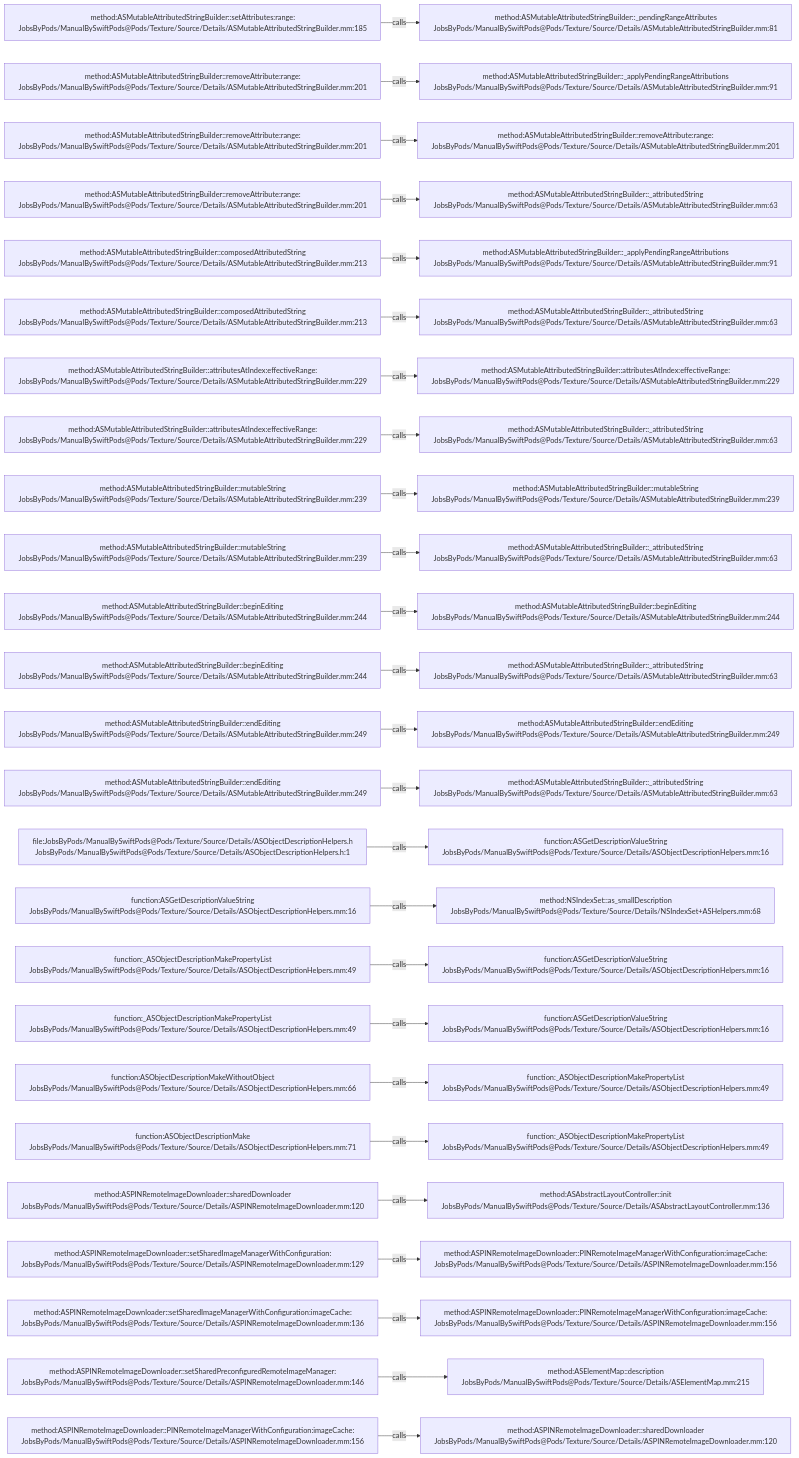
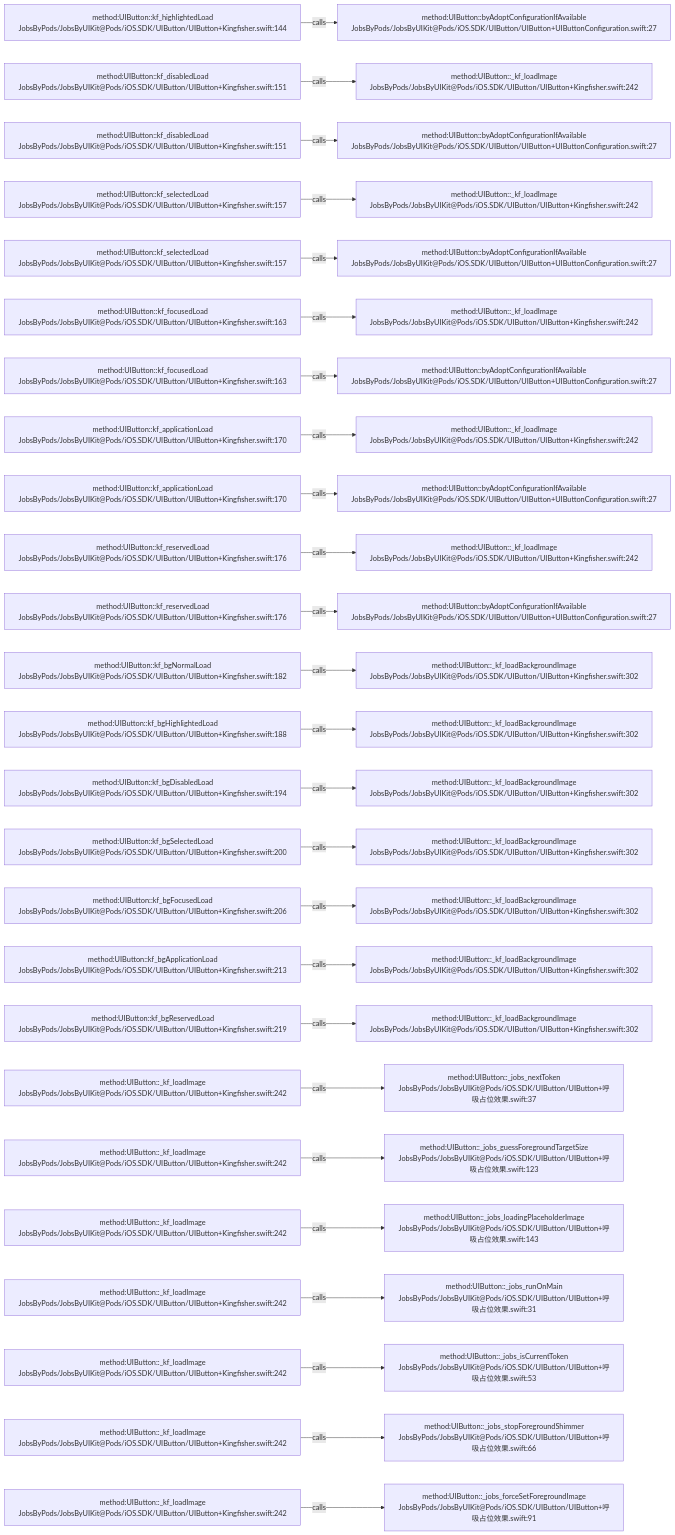
One commit to JobsKits/JobsSwiftBaseConfigDemo changed the diagram in .codegraph/codegraph.md/graphs/calls-091.md. Above: the diagram before and after it, drawn with Mermaid. The commit also changed 224 other files, not shown here.

````diff
--- a/.codegraph/codegraph.md/graphs/calls-091.md
+++ b/.codegraph/codegraph.md/graphs/calls-091.md
@@ -13,78 +13,78 @@
 ```mermaid
 flowchart LR
-  S1["method:ASMutableAttributedStringBuilder::setAttributes:range:<br/>JobsByPods/ManualBySwiftPods@Pods/Texture/Source/Details/ASMutableAttributedStringBuilder.mm:185"]
-  T1["method:ASMutableAttributedStringBuilder::_pendingRangeAttributes<br/>JobsByPods/ManualBySwiftPods@Pods/Texture/Source/Details/ASMutableAttributedStringBuilder.mm:81"]
+  S1["method:UIButton::kf_highlightedLoad<br/>JobsByPods/JobsByUIKit@Pods/iOS.SDK/UIButton/UIButton+Kingfisher.swift:144"]
+  T1["method:UIButton::byAdoptConfigurationIfAvailable<br/>JobsByPods/JobsByUIKit@Pods/iOS.SDK/UIButton/UIButton+UIButtonConfiguration.swift:27"]
   S1 -->|calls| T1
-  S2["method:ASMutableAttributedStringBuilder::removeAttribute:range:<br/>JobsByPods/ManualBySwiftPods@Pods/Texture/Source/Details/ASMutableAttributedStringBuilder.mm:201"]
-  T2["method:ASMutableAttributedStringBuilder::_applyPendingRangeAttributions<br/>JobsByPods/ManualBySwiftPods@Pods/Texture/Source/Details/ASMutableAttributedStringBuilder.mm:91"]
+  S2["method:UIButton::kf_disabledLoad<br/>JobsByPods/JobsByUIKit@Pods/iOS.SDK/UIButton/UIButton+Kingfisher.swift:151"]
+  T2["method:UIButton::_kf_loadImage<br/>JobsByPods/JobsByUIKit@Pods/iOS.SDK/UIButton/UIButton+Kingfisher.swift:242"]
   S2 -->|calls| T2
-  S3["method:ASMutableAttributedStringBuilder::removeAttribute:range:<br/>JobsByPods/ManualBySwiftPods@Pods/Texture/Source/Details/ASMutableAttributedStringBuilder.mm:201"]
-  T3["method:ASMutableAttributedStringBuilder::removeAttribute:range:<br/>JobsByPods/ManualBySwiftPods@Pods/Texture/Source/Details/ASMutableAttributedStringBuilder.mm:201"]
+  S3["method:UIButton::kf_disabledLoad<br/>JobsByPods/JobsByUIKit@Pods/iOS.SDK/UIButton/UIButton+Kingfisher.swift:151"]
+  T3["method:UIButton::byAdoptConfigurationIfAvailable<br/>JobsByPods/JobsByUIKit@Pods/iOS.SDK/UIButton/UIButton+UIButtonConfiguration.swift:27"]
   S3 -->|calls| T3
-  S4["method:ASMutableAttributedStringBuilder::removeAttribute:range:<br/>JobsByPods/ManualBySwiftPods@Pods/Texture/Source/Details/ASMutableAttributedStringBuilder.mm:201"]
-  T4["method:ASMutableAttributedStringBuilder::_attributedString<br/>JobsByPods/ManualBySwiftPods@Pods/Texture/Source/Details/ASMutableAttributedStringBuilder.mm:63"]
+  S4["method:UIButton::kf_selectedLoad<br/>JobsByPods/JobsByUIKit@Pods/iOS.SDK/UIButton/UIButton+Kingfisher.swift:157"]
+  T4["method:UIButton::_kf_loadImage<br/>JobsByPods/JobsByUIKit@Pods/iOS.SDK/UIButton/UIButton+Kingfisher.swift:242"]
   S4 -->|calls| T4
-  S5["method:ASMutableAttributedStringBuilder::composedAttributedString<br/>JobsByPods/ManualBySwiftPods@Pods/Texture/Source/Details/ASMutableAttributedStringBuilder.mm:213"]
-  T5["method:ASMutableAttributedStringBuilder::_applyPendingRangeAttributions<br/>JobsByPods/ManualBySwiftPods@Pods/Texture/Source/Details/ASMutableAttributedStringBuilder.mm:91"]
+  S5["method:UIButton::kf_selectedLoad<br/>JobsByPods/JobsByUIKit@Pods/iOS.SDK/UIButton/UIButton+Kingfisher.swift:157"]
+  T5["method:UIButton::byAdoptConfigurationIfAvailable<br/>JobsByPods/JobsByUIKit@Pods/iOS.SDK/UIButton/UIButton+UIButtonConfiguration.swift:27"]
   S5 -->|calls| T5
-  S6["method:ASMutableAttributedStringBuilder::composedAttributedString<br/>JobsByPods/ManualBySwiftPods@Pods/Texture/Source/Details/ASMutableAttributedStringBuilder.mm:213"]
-  T6["method:ASMutableAttributedStringBuilder::_attributedString<br/>JobsByPods/ManualBySwiftPods@Pods/Texture/Source/Details/ASMutableAttributedStringBuilder.mm:63"]
+  S6["method:UIButton::kf_focusedLoad<br/>JobsByPods/JobsByUIKit@Pods/iOS.SDK/UIButton/UIButton+Kingfisher.swift:163"]
+  T6["method:UIButton::_kf_loadImage<br/>JobsByPods/JobsByUIKit@Pods/iOS.SDK/UIButton/UIButton+Kingfisher.swift:242"]
   S6 -->|calls| T6
-  S7["method:ASMutableAttributedStringBuilder::attributesAtIndex:effectiveRange:<br/>JobsByPods/ManualBySwiftPods@Pods/Texture/Source/Details/ASMutableAttributedStringBuilder.mm:229"]
-  T7["method:ASMutableAttributedStringBuilder::attributesAtIndex:effectiveRange:<br/>JobsByPods/ManualBySwiftPods@Pods/Texture/Source/Details/ASMutableAttributedStringBuilder.mm:229"]
+  S7["method:UIButton::kf_focusedLoad<br/>JobsByPods/JobsByUIKit@Pods/iOS.SDK/UIButton/UIButton+Kingfisher.swift:163"]
+  T7["method:UIButton::byAdoptConfigurationIfAvailable<br/>JobsByPods/JobsByUIKit@Pods/iOS.SDK/UIButton/UIButton+UIButtonConfiguration.swift:27"]
   S7 -->|calls| T7
-  S8["method:ASMutableAttributedStringBuilder::attributesAtIndex:effectiveRange:<br/>JobsByPods/ManualBySwiftPods@Pods/Texture/Source/Details/ASMutableAttributedStringBuilder.mm:229"]
-  T8["method:ASMutableAttributedStringBuilder::_attributedString<br/>JobsByPods/ManualBySwiftPods@Pods/Texture/Source/Details/ASMutableAttributedStringBuilder.mm:63"]
+  S8["method:UIButton::kf_applicationLoad<br/>JobsByPods/JobsByUIKit@Pods/iOS.SDK/UIButton/UIButton+Kingfisher.swift:170"]
+  T8["method:UIButton::_kf_loadImage<br/>JobsByPods/JobsByUIKit@Pods/iOS.SDK/UIButton/UIButton+Kingfisher.swift:242"]
   S8 -->|calls| T8
-  S9["method:ASMutableAttributedStringBuilder::mutableString<br/>JobsByPods/ManualBySwiftPods@Pods/Texture/Source/Details/ASMutableAttributedStringBuilder.mm:239"]
-  T9["method:ASMutableAttributedStringBuilder::mutableString<br/>JobsByPods/ManualBySwiftPods@Pods/Texture/Source/Details/ASMutableAttributedStringBuilder.mm:239"]
+  S9["method:UIButton::kf_applicationLoad<br/>JobsByPods/JobsByUIKit@Pods/iOS.SDK/UIButton/UIButton+Kingfisher.swift:170"]
+  T9["method:UIButton::byAdoptConfigurationIfAvailable<br/>JobsByPods/JobsByUIKit@Pods/iOS.SDK/UIButton/UIButton+UIButtonConfiguration.swift:27"]
   S9 -->|calls| T9
-  S10["method:ASMutableAttributedStringBuilder::mutableString<br/>JobsByPods/ManualBySwiftPods@Pods/Texture/Source/Details/ASMutableAttributedStringBuilder.mm:239"]
-  T10["method:ASMutableAttributedStringBuilder::_attributedString<br/>JobsByPods/ManualBySwiftPods@Pods/Texture/Source/Details/ASMutableAttributedStringBuilder.mm:63"]
+  S10["method:UIButton::kf_reservedLoad<br/>JobsByPods/JobsByUIKit@Pods/iOS.SDK/UIButton/UIButton+Kingfisher.swift:176"]
+  T10["method:UIButton::_kf_loadImage<br/>JobsByPods/JobsByUIKit@Pods/iOS.SDK/UIButton/UIButton+Kingfisher.swift:242"]
   S10 -->|calls| T10
-  S11["method:ASMutableAttributedStringBuilder::beginEditing<br/>JobsByPods/ManualBySwiftPods@Pods/Texture/Source/Details/ASMutableAttributedStringBuilder.mm:244"]
-  T11["method:ASMutableAttributedStringBuilder::beginEditing<br/>JobsByPods/ManualBySwiftPods@Pods/Texture/Source/Details/ASMutableAttributedStringBuilder.mm:244"]
+  S11["method:UIButton::kf_reservedLoad<br/>JobsByPods/JobsByUIKit@Pods/iOS.SDK/UIButton/UIButton+Kingfisher.swift:176"]
+  T11["method:UIButton::byAdoptConfigurationIfAvailable<br/>JobsByPods/JobsByUIKit@Pods/iOS.SDK/UIButton/UIButton+UIButtonConfiguration.swift:27"]
   S11 -->|calls| T11
-  S12["method:ASMutableAttributedStringBuilder::beginEditing<br/>JobsByPods/ManualBySwiftPods@Pods/Texture/Source/Details/ASMutableAttributedStringBuilder.mm:244"]
-  T12["method:ASMutableAttributedStringBuilder::_attributedString<br/>JobsByPods/ManualBySwiftPods@Pods/Texture/Source/Details/ASMutableAttributedStringBuilder.mm:63"]
+  S12["method:UIButton::kf_bgNormalLoad<br/>JobsByPods/JobsByUIKit@Pods/iOS.SDK/UIButton/UIButton+Kingfisher.swift:182"]
+  T12["method:UIButton::_kf_loadBackgroundImage<br/>JobsByPods/JobsByUIKit@Pods/iOS.SDK/UIButton/UIButton+Kingfisher.swift:302"]
   S12 -->|calls| T12
-  S13["method:ASMutableAttributedStringBuilder::endEditing<br/>JobsByPods/ManualBySwiftPods@Pods/Texture/Source/Details/ASMutableAttributedStringBuilder.mm:249"]
-  T13["method:ASMutableAttributedStringBuilder::endEditing<br/>JobsByPods/ManualBySwiftPods@Pods/Texture/Source/Details/ASMutableAttributedStringBuilder.mm:249"]
+  S13["method:UIButton::kf_bgHighlightedLoad<br/>JobsByPods/JobsByUIKit@Pods/iOS.SDK/UIButton/UIButton+Kingfisher.swift:188"]
+  T13["method:UIButton::_kf_loadBackgroundImage<br/>JobsByPods/JobsByUIKit@Pods/iOS.SDK/UIButton/UIButton+Kingfisher.swift:302"]
   S13 -->|calls| T13
-  S14["method:ASMutableAttributedStringBuilder::endEditing<br/>JobsByPods/ManualBySwiftPods@Pods/Texture/Source/Details/ASMutableAttributedStringBuilder.mm:249"]
-  T14["method:ASMutableAttributedStringBuilder::_attributedString<br/>JobsByPods/ManualBySwiftPods@Pods/Texture/Source/Details/ASMutableAttributedStringBuilder.mm:63"]
+  S14["method:UIButton::kf_bgDisabledLoad<br/>JobsByPods/JobsByUIKit@Pods/iOS.SDK/UIButton/UIButton+Kingfisher.swift:194"]
+  T14["method:UIButton::_kf_loadBackgroundImage<br/>JobsByPods/JobsByUIKit@Pods/iOS.SDK/UIButton/UIButton+Kingfisher.swift:302"]
   S14 -->|calls| T14
-  S15["file:JobsByPods/ManualBySwiftPods@Pods/Texture/Source/Details/ASObjectDescriptionHelpers.h<br/>JobsByPods/ManualBySwiftPods@Pods/Texture/Source/Details/ASObjectDescriptionHelpers.h:1"]
-  T15["function:ASGetDescriptionValueString<br/>JobsByPods/ManualBySwiftPods@Pods/Texture/Source/Details/ASObjectDescriptionHelpers.mm:16"]
+  S15["method:UIButton::kf_bgSelectedLoad<br/>JobsByPods/JobsByUIKit@Pods/iOS.SDK/UIButton/UIButton+Kingfisher.swift:200"]
+  T15["method:UIButton::_kf_loadBackgroundImage<br/>JobsByPods/JobsByUIKit@Pods/iOS.SDK/UIButton/UIButton+Kingfisher.swift:302"]
   S15 -->|calls| T15
-  S16["function:ASGetDescriptionValueString<br/>JobsByPods/ManualBySwiftPods@Pods/Texture/Source/Details/ASObjectDescriptionHelpers.mm:16"]
-  T16["method:NSIndexSet::as_smallDescription<br/>JobsByPods/ManualBySwiftPods@Pods/Texture/Source/Details/NSIndexSet+ASHelpers.mm:68"]
+  S16["method:UIButton::kf_bgFocusedLoad<br/>JobsByPods/JobsByUIKit@Pods/iOS.SDK/UIButton/UIButton+Kingfisher.swift:206"]
+  T16["method:UIButton::_kf_loadBackgroundImage<br/>JobsByPods/JobsByUIKit@Pods/iOS.SDK/UIButton/UIButton+Kingfisher.swift:302"]
   S16 -->|calls| T16
-  S17["function:_ASObjectDescriptionMakePropertyList<br/>JobsByPods/ManualBySwiftPods@Pods/Texture/Source/Details/ASObjectDescriptionHelpers.mm:49"]
-  T17["function:ASGetDescriptionValueString<br/>JobsByPods/ManualBySwiftPods@Pods/Texture/Source/Details/ASObjectDescriptionHelpers.mm:16"]
+  S17["method:UIButton::kf_bgApplicationLoad<br/>JobsByPods/JobsByUIKit@Pods/iOS.SDK/UIButton/UIButton+Kingfisher.swift:213"]
+  T17["method:UIButton::_kf_loadBackgroundImage<br/>JobsByPods/JobsByUIKit@Pods/iOS.SDK/UIButton/UIButton+Kingfisher.swift:302"]
   S17 -->|calls| T17
-  S18["function:_ASObjectDescriptionMakePropertyList<br/>JobsByPods/ManualBySwiftPods@Pods/Texture/Source/Details/ASObjectDescriptionHelpers.mm:49"]
-  T18["function:ASGetDescriptionValueString<br/>JobsByPods/ManualBySwiftPods@Pods/Texture/Source/Details/ASObjectDescriptionHelpers.mm:16"]
+  S18["method:UIButton::kf_bgReservedLoad<br/>JobsByPods/JobsByUIKit@Pods/iOS.SDK/UIButton/UIButton+Kingfisher.swift:219"]
+  T18["method:UIButton::_kf_loadBackgroundImage<br/>JobsByPods/JobsByUIKit@Pods/iOS.SDK/UIButton/UIButton+Kingfisher.swift:302"]
   S18 -->|calls| T18
-  S19["function:ASObjectDescriptionMakeWithoutObject<br/>JobsByPods/ManualBySwiftPods@Pods/Texture/Source/Details/ASObjectDescriptionHelpers.mm:66"]
-  T19["function:_ASObjectDescriptionMakePropertyList<br/>JobsByPods/ManualBySwiftPods@Pods/Texture/Source/Details/ASObjectDescriptionHelpers.mm:49"]
+  S19["method:UIButton::_kf_loadImage<br/>JobsByPods/JobsByUIKit@Pods/iOS.SDK/UIButton/UIButton+Kingfisher.swift:242"]
+  T19["method:UIButton::_jobs_nextToken<br/>JobsByPods/JobsByUIKit@Pods/iOS.SDK/UIButton/UIButton+呼吸占位效果.swift:37"]
   S19 -->|calls| T19
-  S20["function:ASObjectDescriptionMake<br/>JobsByPods/ManualBySwiftPods@Pods/Texture/Source/Details/ASObjectDescriptionHelpers.mm:71"]
-  T20["function:_ASObjectDescriptionMakePropertyList<br/>JobsByPods/ManualBySwiftPods@Pods/Texture/Source/Details/ASObjectDescriptionHelpers.mm:49"]
+  S20["method:UIButton::_kf_loadImage<br/>JobsByPods/JobsByUIKit@Pods/iOS.SDK/UIButton/UIButton+Kingfisher.swift:242"]
+  T20["method:UIButton::_jobs_guessForegroundTargetSize<br/>JobsByPods/JobsByUIKit@Pods/iOS.SDK/UIButton/UIButton+呼吸占位效果.swift:123"]
   S20 -->|calls| T20
-  S21["method:ASPINRemoteImageDownloader::sharedDownloader<br/>JobsByPods/ManualBySwiftPods@Pods/Texture/Source/Details/ASPINRemoteImageDownloader.mm:120"]
-  T21["method:ASAbstractLayoutController::init<br/>JobsByPods/ManualBySwiftPods@Pods/Texture/Source/Details/ASAbstractLayoutController.mm:136"]
+  S21["method:UIButton::_kf_loadImage<br/>JobsByPods/JobsByUIKit@Pods/iOS.SDK/UIButton/UIButton+Kingfisher.swift:242"]
+  T21["method:UIButton::_jobs_loadingPlaceholderImage<br/>JobsByPods/JobsByUIKit@Pods/iOS.SDK/UIButton/UIButton+呼吸占位效果.swift:143"]
   S21 -->|calls| T21
-  S22["method:ASPINRemoteImageDownloader::setSharedImageManagerWithConfiguration:<br/>JobsByPods/ManualBySwiftPods@Pods/Texture/Source/Details/ASPINRemoteImageDownloader.mm:129"]
-  T22["method:ASPINRemoteImageDownloader::PINRemoteImageManagerWithConfiguration:imageCache:<br/>JobsByPods/ManualBySwiftPods@Pods/Texture/Source/Details/ASPINRemoteImageDownloader.mm:156"]
+  S22["method:UIButton::_kf_loadImage<br/>JobsByPods/JobsByUIKit@Pods/iOS.SDK/UIButton/UIButton+Kingfisher.swift:242"]
+  T22["method:UIButton::_jobs_runOnMain<br/>JobsByPods/JobsByUIKit@Pods/iOS.SDK/UIButton/UIButton+呼吸占位效果.swift:31"]
   S22 -->|calls| T22
-  S23["method:ASPINRemoteImageDownloader::setSharedImageManagerWithConfiguration:imageCache:<br/>JobsByPods/ManualBySwiftPods@Pods/Texture/Source/Details/ASPINRemoteImageDownloader.mm:136"]
-  T23["method:ASPINRemoteImageDownloader::PINRemoteImageManagerWithConfiguration:imageCache:<br/>JobsByPods/ManualBySwiftPods@Pods/Texture/Source/Details/ASPINRemoteImageDownloader.mm:156"]
+  S23["method:UIButton::_kf_loadImage<br/>JobsByPods/JobsByUIKit@Pods/iOS.SDK/UIButton/UIButton+Kingfisher.swift:242"]
+  T23["method:UIButton::_jobs_isCurrentToken<br/>JobsByPods/JobsByUIKit@Pods/iOS.SDK/UIButton/UIButton+呼吸占位效果.swift:53"]
   S23 -->|calls| T23
-  S24["method:ASPINRemoteImageDownloader::setSharedPreconfiguredRemoteImageManager:<br/>JobsByPods/ManualBySwiftPods@Pods/Texture/Source/Details/ASPINRemoteImageDownloader.mm:146"]
-  T24["method:ASElementMap::description<br/>JobsByPods/ManualBySwiftPods@Pods/Texture/Source/Details/ASElementMap.mm:215"]
+  S24["method:UIButton::_kf_loadImage<br/>JobsByPods/JobsByUIKit@Pods/iOS.SDK/UIButton/UIButton+Kingfisher.swift:242"]
+  T24["method:UIButton::_jobs_stopForegroundShimmer<br/>JobsByPods/JobsByUIKit@Pods/iOS.SDK/UIButton/UIButton+呼吸占位效果.swift:66"]
   S24 -->|calls| T24
-  S25["method:ASPINRemoteImageDownloader::PINRemoteImageManagerWithConfiguration:imageCache:<br/>JobsByPods/ManualBySwiftPods@Pods/Texture/Source/Details/ASPINRemoteImageDownloader.mm:156"]
-  T25["method:ASPINRemoteImageDownloader::sharedDownloader<br/>JobsByPods/ManualBySwiftPods@Pods/Texture/Source/Details/ASPINRemoteImageDownloader.mm:120"]
+  S25["method:UIButton::_kf_loadImage<br/>JobsByPods/JobsByUIKit@Pods/iOS.SDK/UIButton/UIButton+Kingfisher.swift:242"]
+  T25["method:UIButton::_jobs_forceSetForegroundImage<br/>JobsByPods/JobsByUIKit@Pods/iOS.SDK/UIButton/UIButton+呼吸占位效果.swift:91"]
   S25 -->|calls| T25
 ```
````
